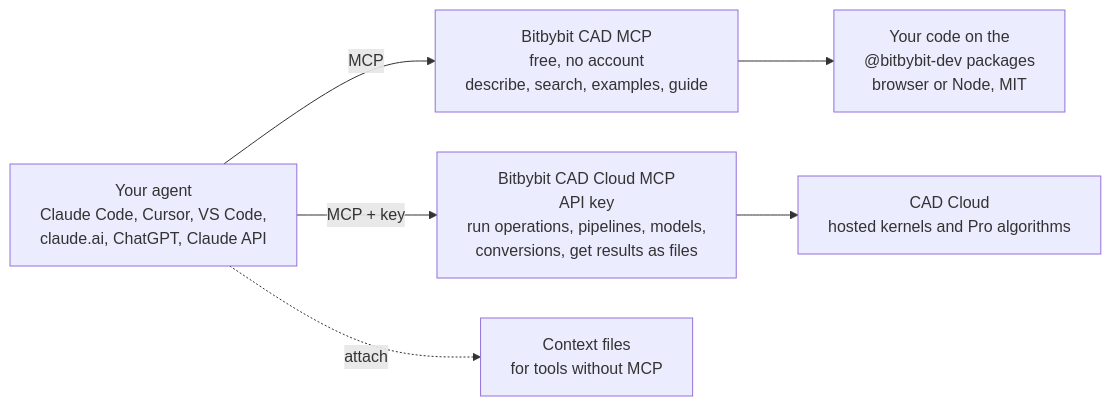
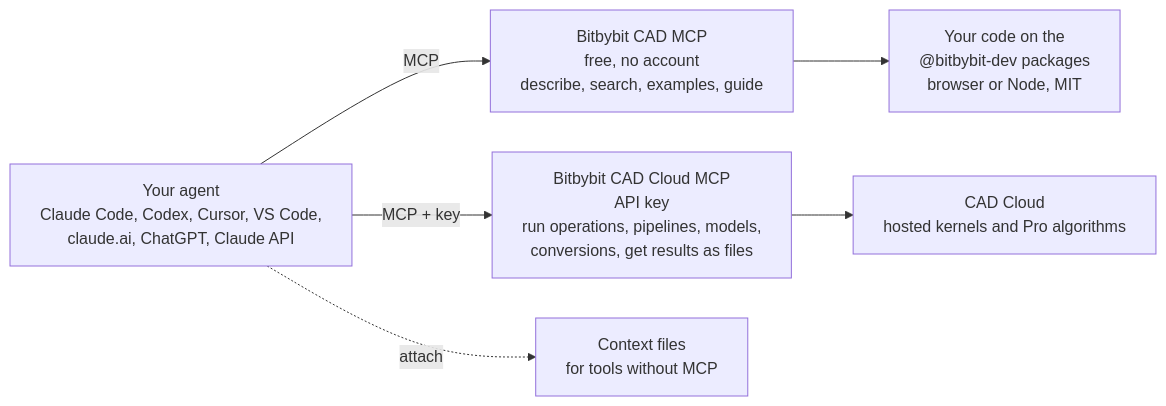
One commit to bitbybit-dev/bitbybit changed the diagram in docs/learn/using-ai-with-bitbybit/intro.md. Above: the diagram before and after it, drawn with Mermaid. The commit also changed 13 other files, not shown here.

````diff
--- a/docs/learn/using-ai-with-bitbybit/intro.md
+++ b/docs/learn/using-ai-with-bitbybit/intro.md
@@ -15,15 +15,15 @@
 ```mermaid
 %%{init: {"flowchart": {"wrappingWidth": 420, "nodeSpacing": 40, "rankSpacing": 60}}}%%
 flowchart LR
-    Agent["Your agent<br/>Claude Code, Cursor, VS Code,<br/>claude.ai, ChatGPT, Claude API"]
+    Agent["Your agent<br/>Claude Code, Codex, Cursor, VS Code,<br/>claude.ai, ChatGPT, Claude API"]
     Docs["Bitbybit CAD MCP<br/>free, no account<br/>describe, search, examples, guide"]
     Cloud["Bitbybit CAD Cloud MCP<br/>API key<br/>run operations, pipelines, models,<br/>conversions, get results as files"]
     Files["Context files<br/>for tools without MCP"]
     Packages["Your code on the<br/>@bitbybit-dev packages<br/>browser or Node, MIT"]
     Compute["CAD Cloud<br/>hosted kernels and Pro algorithms"]
     Agent -->|MCP| Docs
     Agent -->|MCP + key| Cloud
     Agent -.->|attach| Files
     Docs --> Packages
     Cloud --> Compute
 ```
````
